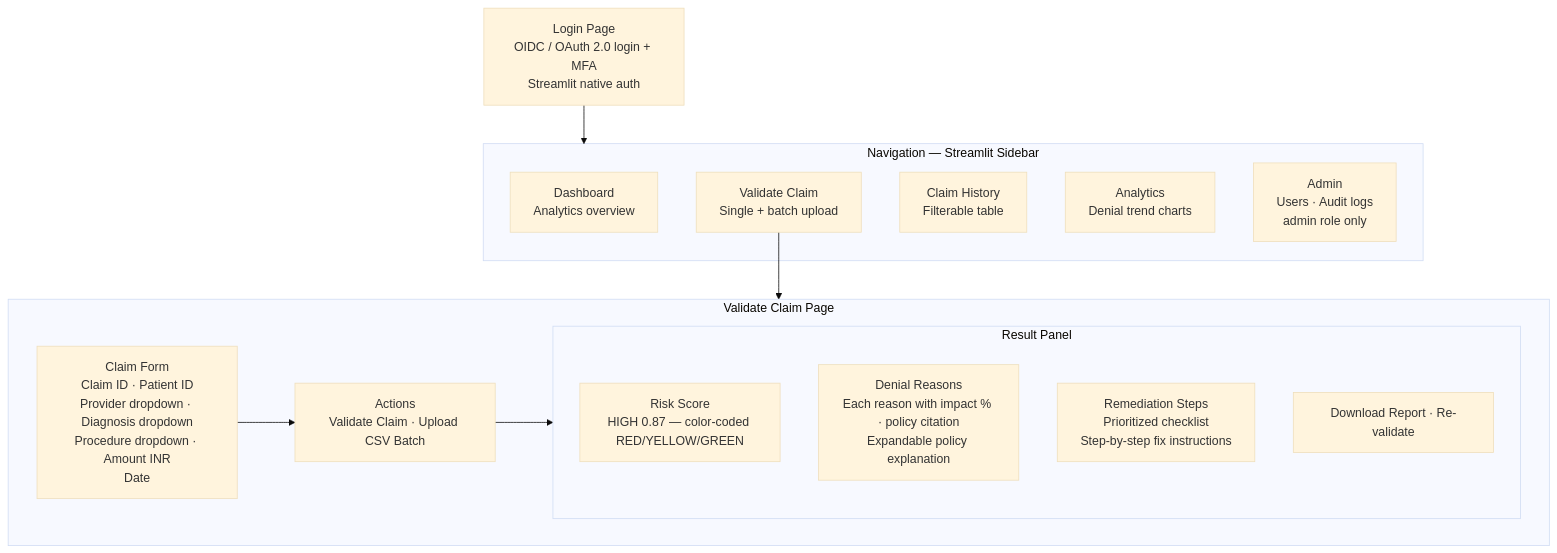
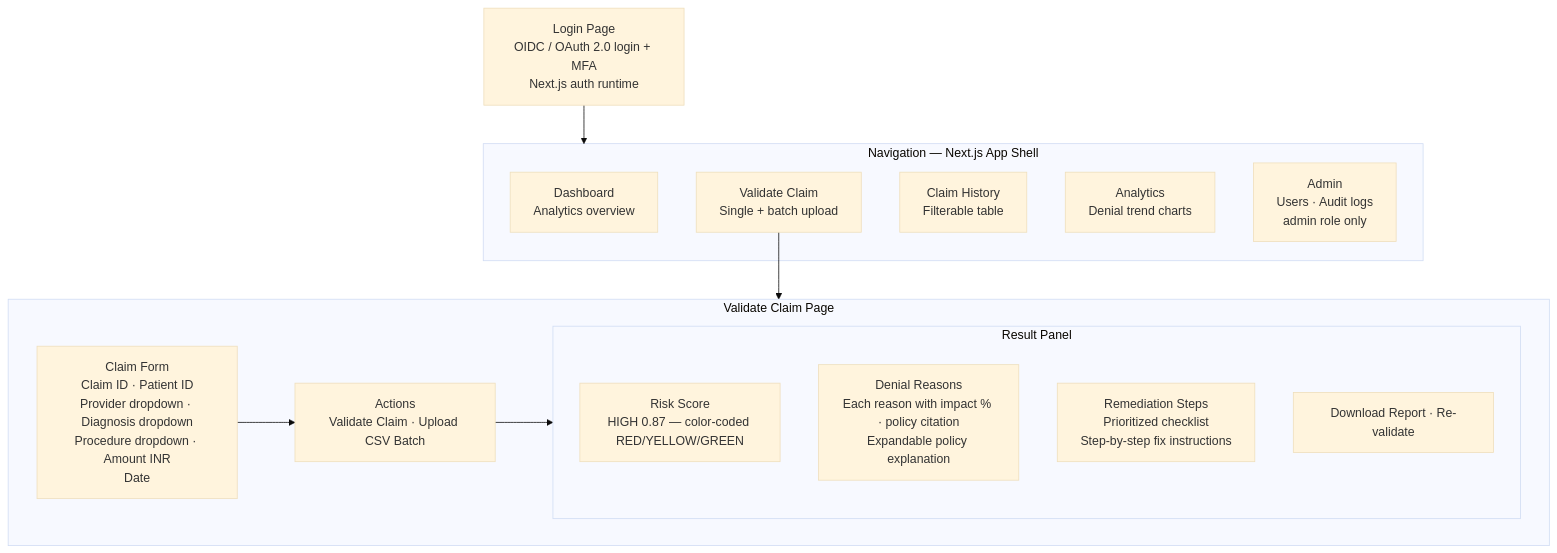
The ninth of 12 diagrams in docs/ARCHITECTURE.md (KrishKoria/HomeProjectAbacus), drawn with Mermaid (base theme) before and after one commit. The commit also changed other lines of this file, not shown here.

First line of the commit message:
docs: update ARCHITECTURE.md for Next.js frontend

````diff
--- a/docs/ARCHITECTURE.md
+++ b/docs/ARCHITECTURE.md
@@ -886,27 +886,27 @@
 ```mermaid
 graph TD
-    LOGIN["Login Page\nOIDC / OAuth 2.0 login + MFA\nStreamlit native auth"]
+    LOGIN["Login Page\nOIDC / OAuth 2.0 login + MFA\nNext.js auth runtime"]
 
-    subgraph NAV["Navigation — Streamlit Sidebar"]
+    subgraph NAV["Navigation — Next.js App Shell"]
         P1["Dashboard\nAnalytics overview"]
         P2["Validate Claim\nSingle + batch upload"]
         P3["Claim History\nFilterable table"]
         P4["Analytics\nDenial trend charts"]
         P5["Admin\nUsers · Audit logs\nadmin role only"]
     end
 
     subgraph VALIDATE["Validate Claim Page"]
         FORM["Claim Form\nClaim ID · Patient ID\nProvider dropdown · Diagnosis dropdown\nProcedure dropdown · Amount INR\nDate"]
         BTNS["Actions\nValidate Claim · Upload CSV Batch"]
         subgraph RESULT["Result Panel"]
             SCORE["Risk Score\nHIGH 0.87 — color-coded RED/YELLOW/GREEN"]
             REASONS["Denial Reasons\nEach reason with impact % · policy citation\nExpandable policy explanation"]
             STEPS["Remediation Steps\nPrioritized checklist\nStep-by-step fix instructions"]
             ACTIONS["Download Report · Re-validate"]
         end
         FORM --> BTNS --> RESULT
     end
 
     LOGIN --> NAV
     P2 --> VALIDATE
 ```
````
